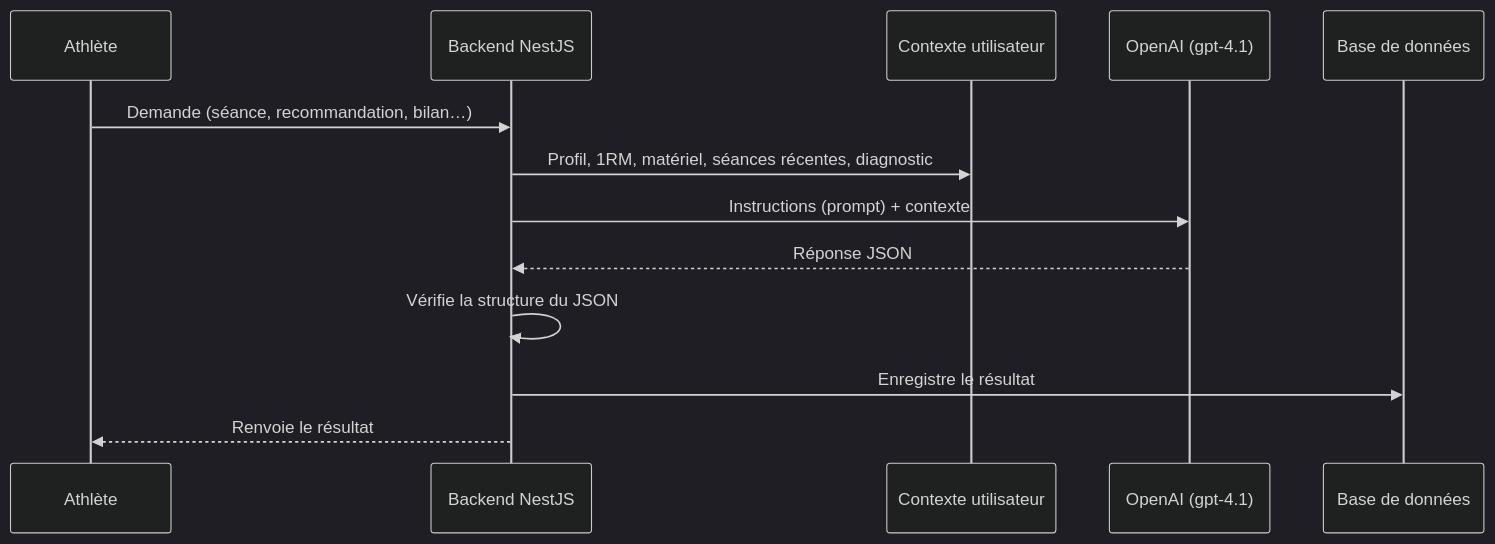
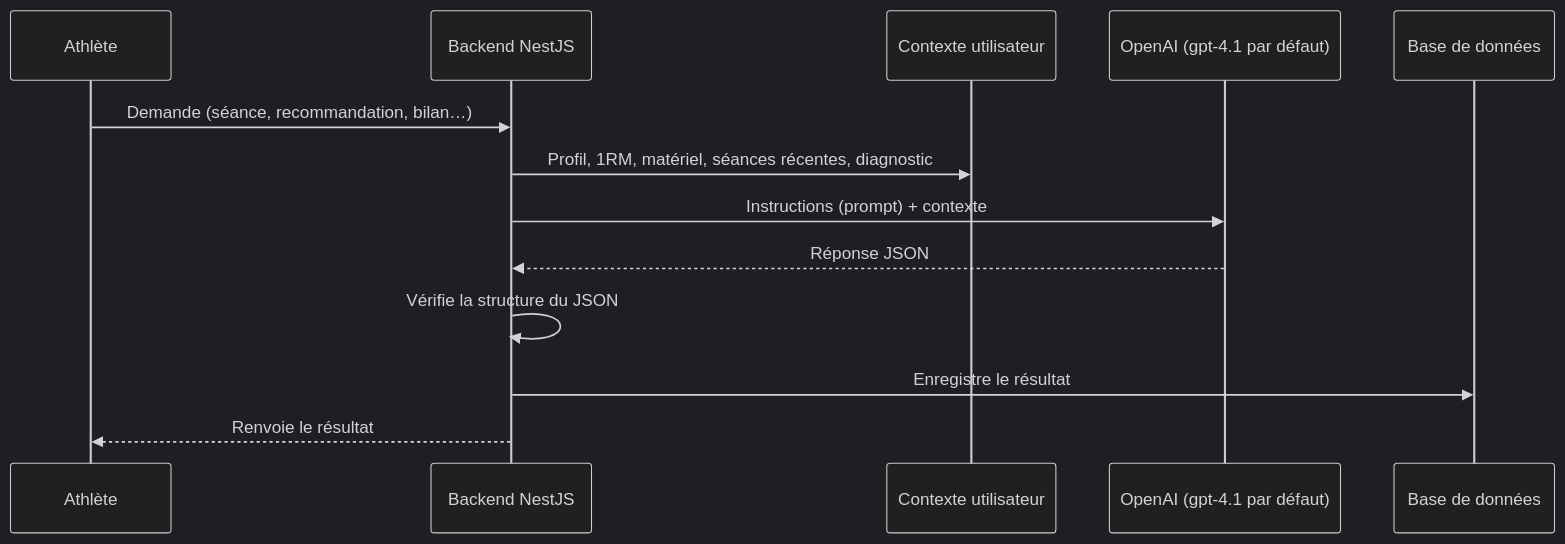
Before and after one commit to Dawie33/training-camp: the diagram in docs/generation-ia.md, drawn with Mermaid (dark theme). The commit also changed other lines of this file and 2 other files, not shown here.

````diff
--- a/docs/generation-ia.md
+++ b/docs/generation-ia.md
@@ -17,16 +17,16 @@
 ```mermaid
 sequenceDiagram
     participant U as Athlète
     participant B as Backend NestJS
     participant C as Contexte utilisateur
-    participant IA as OpenAI (gpt-4.1)
+    participant IA as OpenAI (gpt-4.1 par défaut)
     participant D as Base de données
 
     U->>B: Demande (séance, recommandation, bilan…)
     B->>C: Profil, 1RM, matériel, séances récentes, diagnostic
     B->>IA: Instructions (prompt) + contexte
     IA-->>B: Réponse JSON
     B->>B: Vérifie la structure du JSON
     B->>D: Enregistre le résultat
     B-->>U: Renvoie le résultat
 ```
````
